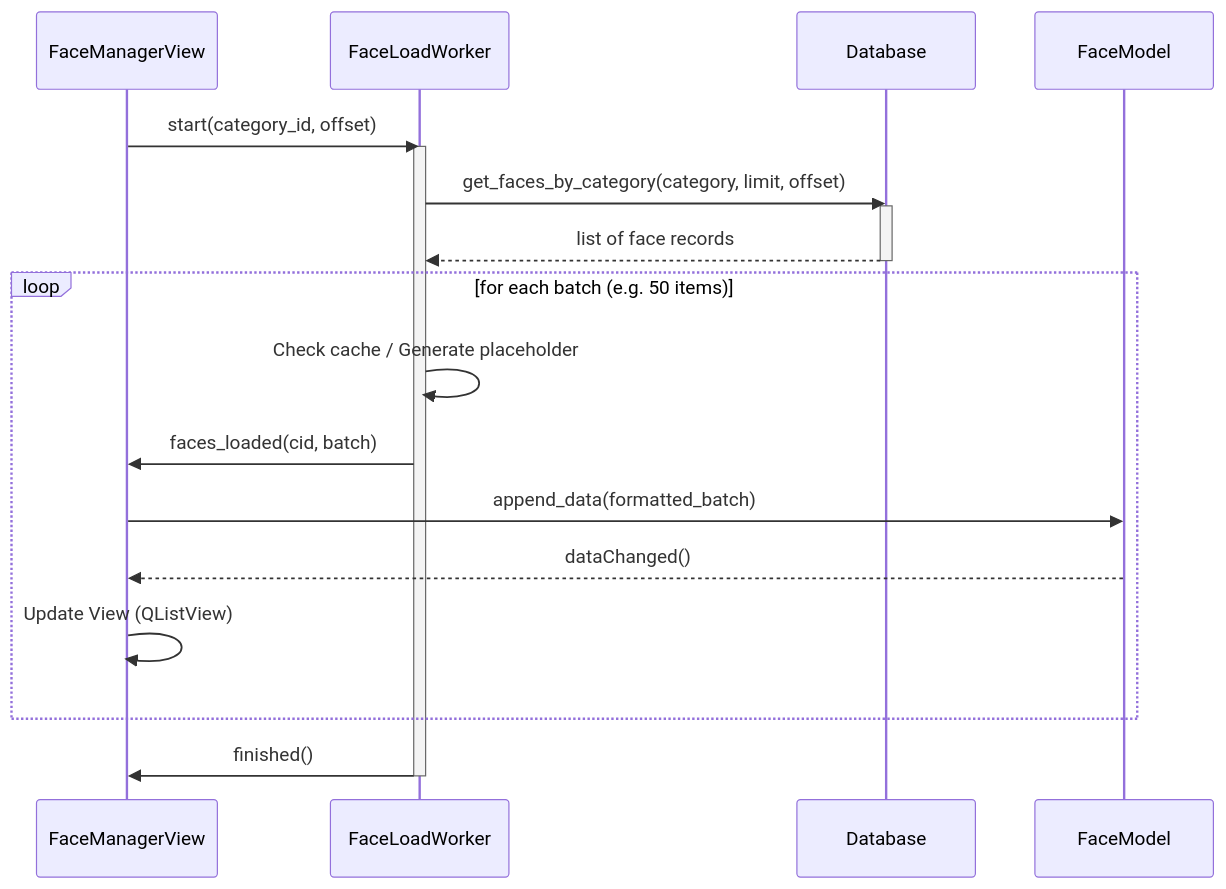
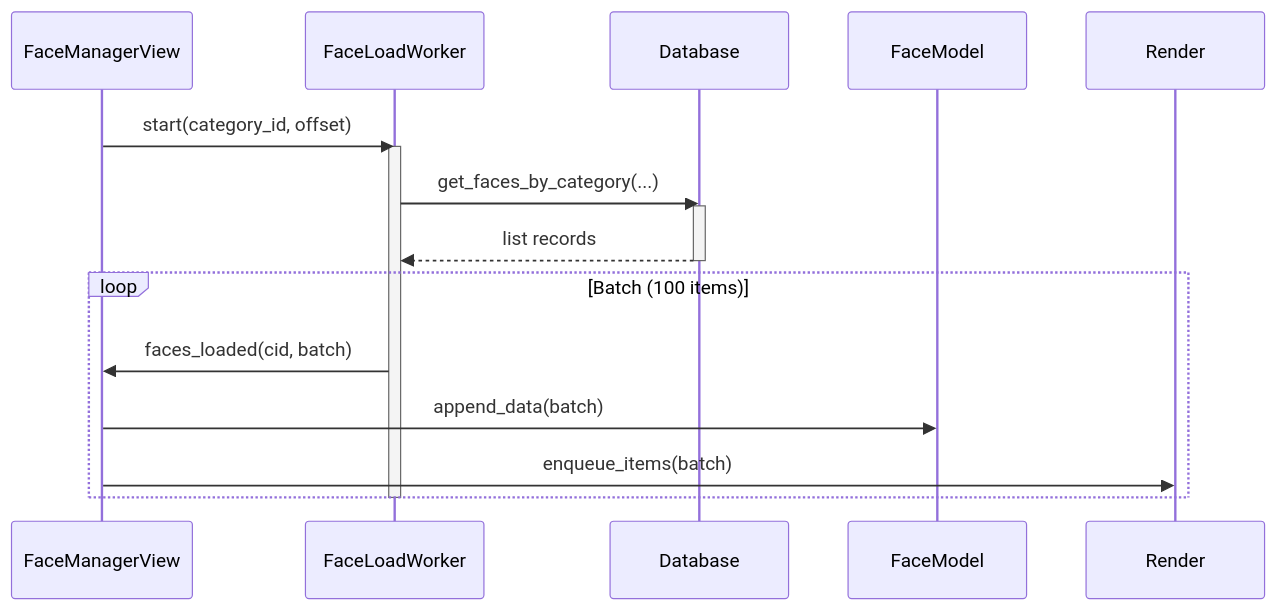
Before and after one commit to osakabe/PhotoArrange: the first of 2 diagrams in docs/design/sequence_diagram.md, drawn with Mermaid. The commit also changed other lines of this file and 99 other files, not shown here.

Commit message:
Fix AI Suggestion registration failure, threshold settings, and race conditions in FaceManagerView

````diff
--- a/docs/design/sequence_diagram.md
+++ b/docs/design/sequence_diagram.md
@@ -3,25 +4,21 @@
 ```mermaid
 sequenceDiagram
     participant UI as FaceManagerView
     participant Worker as FaceLoadWorker
     participant DB as Database
     participant Model as FaceModel
 
     UI->>Worker: start(category_id, offset)
     activate Worker
-    Worker->>DB: get_faces_by_category(category, limit, offset)
+    Worker->>DB: get_faces_by_category(...)
     activate DB
-    DB-->>Worker: list of face records
+    DB-->>Worker: list records
     deactivate DB
     
-    loop for each batch (e.g. 50 items)
-        Worker->>Worker: Check cache / Generate placeholder
+    loop Batch (100 items)
         Worker->>UI: faces_loaded(cid, batch)
-        UI->>Model: append_data(formatted_batch)
-        Model-->>UI: dataChanged()
-        UI->>UI: Update View (QListView)
+        UI->>Model: append_data(batch)
+        UI->>Render: enqueue_items(batch)
     end
-
-    Worker->>UI: finished()
     deactivate Worker
 ```
````
